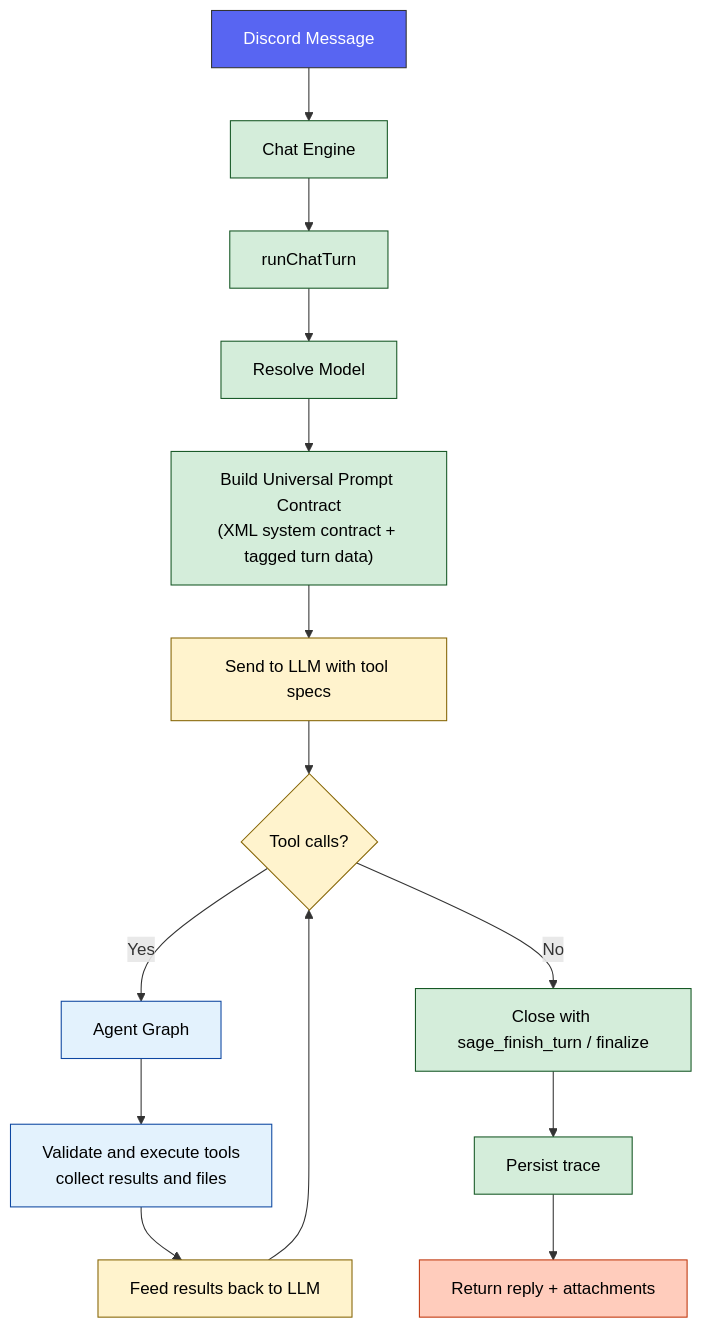
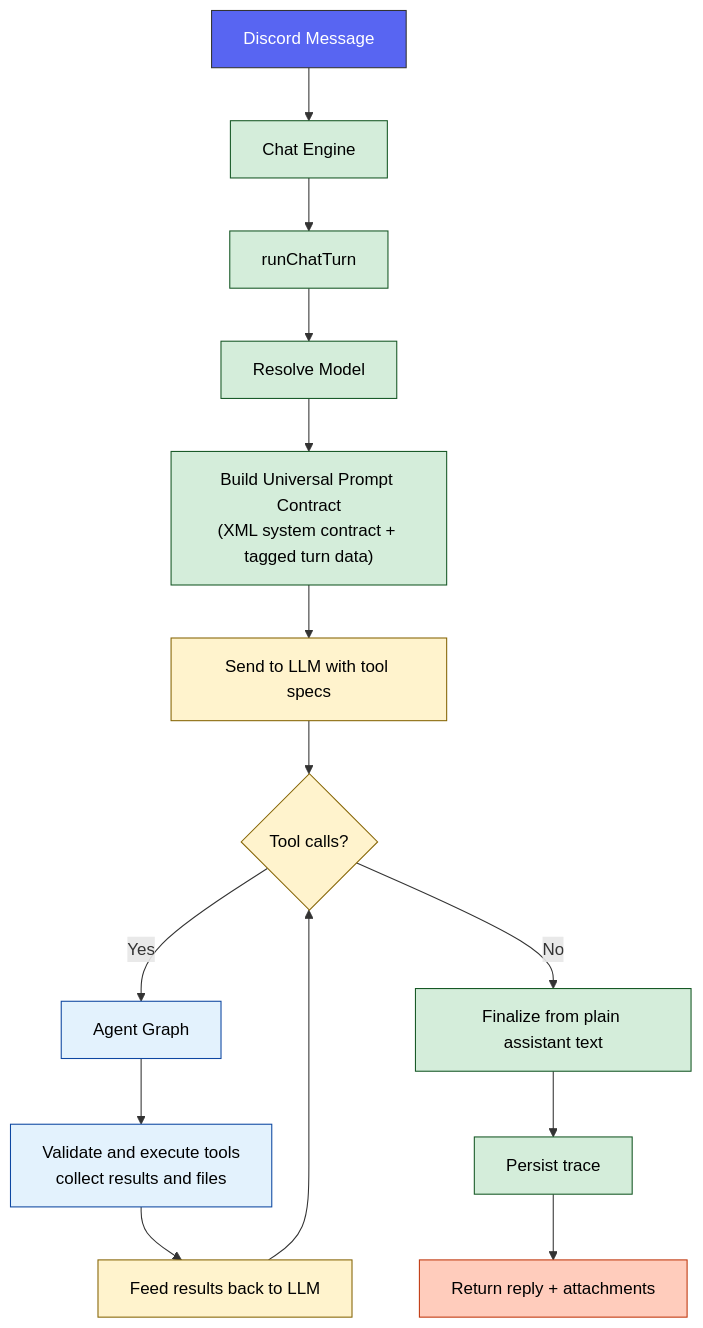
The first of 2 diagrams in docs/architecture/PIPELINE.md (BokX1/Sage), drawn with Mermaid before and after one commit. The commit also changed other lines of this file and 19 other files, not shown here.

Commit message:
feat: rewrite agent UX around plain-text drafts

````diff
--- a/docs/architecture/PIPELINE.md
+++ b/docs/architecture/PIPELINE.md
@@ -29,24 +29,24 @@
 ```mermaid
 flowchart TD
     classDef discord fill:#5865f2,stroke:#333,color:white
     classDef runtime fill:#d4edda,stroke:#155724,color:black
     classDef llm fill:#fff3cd,stroke:#856404,color:black
     classDef tools fill:#e3f2fd,stroke:#0d47a1,color:black
     classDef output fill:#ffccbc,stroke:#bf360c,color:black
 
     A[Discord Message]:::discord --> B[Chat Engine]:::runtime
     B --> C[runChatTurn]:::runtime
     C --> D[Resolve Model]:::runtime
     D --> E["Build Universal Prompt Contract<br/>(XML system contract + tagged turn data)"]:::runtime
     E --> G[Send to LLM with tool specs]:::llm
     G --> H{Tool calls?}:::llm
 
     H -->|Yes| I[Agent Graph]:::tools
     I --> J["Validate and execute tools<br/>collect results and files"]:::tools
     J --> K[Feed results back to LLM]:::llm
     K --> H
 
-    H -->|No| L[Close with sage_finish_turn / finalize]:::runtime
+    H -->|No| L[Finalize from plain assistant text]:::runtime
     L --> M[Persist trace]:::runtime
     M --> N[Return reply + attachments]:::output
 ```
````
